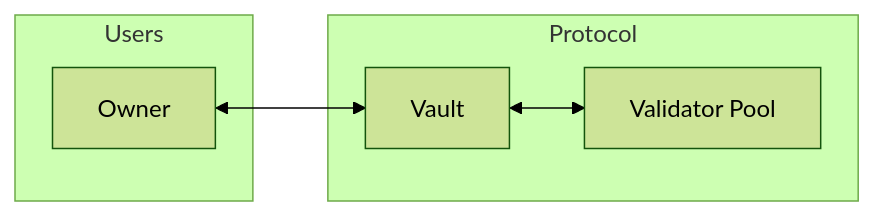
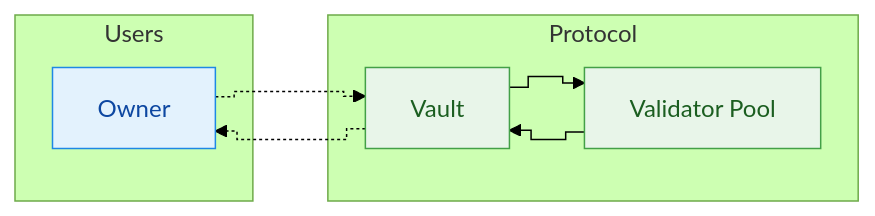
The seventh of 13 diagrams in value_flows.md (sudostake/sudostake_contracts_near), drawn with Mermaid (forest theme) before and after one commit. The commit also changed other lines of this file, not shown here.

First line of the commit message:
Revise and expand Vault value flows guide

````diff
--- a/value_flows.md
+++ b/value_flows.md
@@ -180,13 +170,19 @@
 ```mermaid
 %%{init: {'flowchart': {'curve': 'step'}}}%%
 flowchart LR
   subgraph Users
     O[Owner]
   end
   subgraph Protocol
     V[Vault]
     P[Validator Pool]
   end
-  O <--> V
-  V <--> P
+  O -.-> V
+  V -.-> O
+  V --> P
+  P --> V
+  classDef user fill:#E3F2FD,stroke:#1E88E5,color:#0D47A1;
+  classDef protocol fill:#E8F5E9,stroke:#43A047,color:#1B5E20;
+  class O user
+  class V,P protocol
 ```
````
